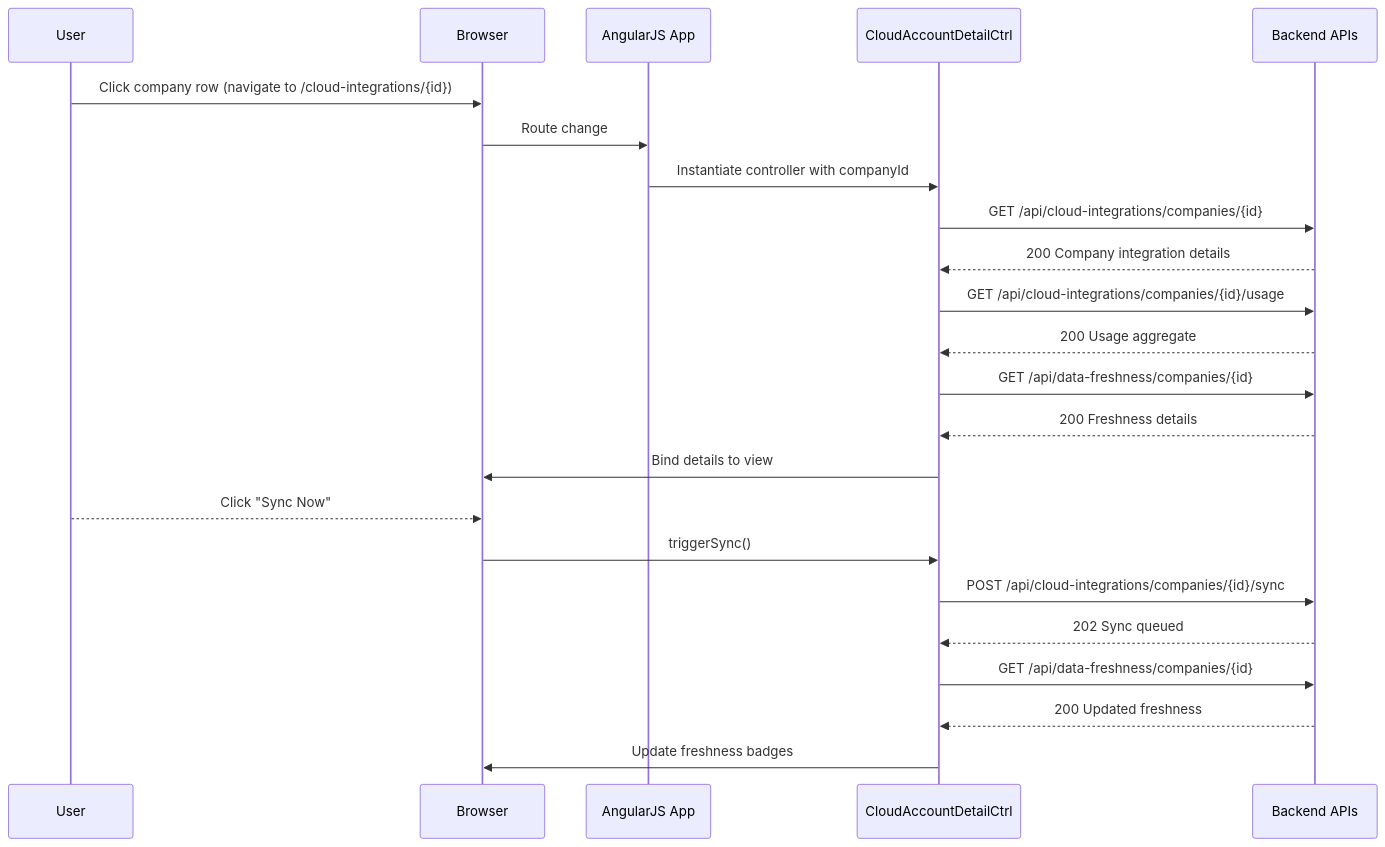
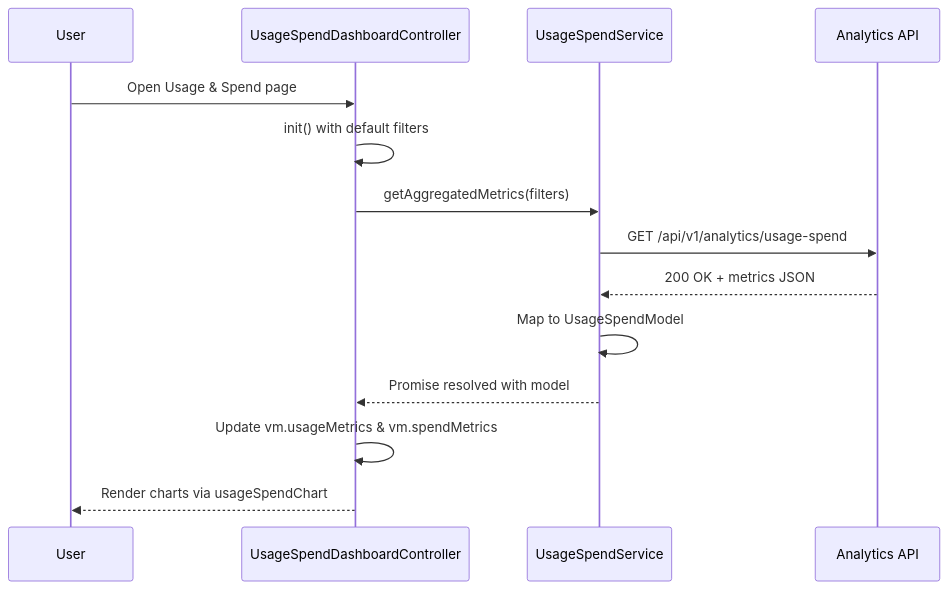
Before and after one commit to Davamani-git/APB_Demo: the second of 4 diagrams in LLD/QE-4785_LLD.md, drawn with Mermaid. The commit also changed other lines of this file, not shown here.

````diff
--- a/LLD/QE-4785_LLD.md
+++ b/LLD/QE-4785_LLD.md
@@ -1099,26 +744,17 @@
 ```mermaid
 sequenceDiagram
-  participant User
-  participant Browser
-  participant Angular as AngularJS App
-  participant DetailCtrl as CloudAccountDetailCtrl
-  participant API as Backend APIs
+  participant U as User
+  participant C as UsageSpendDashboardController
+  participant S as UsageSpendService
+  participant API as Analytics API
 
-  User->>Browser: Click company row (navigate to /cloud-integrations/{id})
-  Browser->>Angular: Route change
-  Angular->>DetailCtrl: Instantiate controller with companyId
-  DetailCtrl->>API: GET /api/cloud-integrations/companies/{id}
-  API-->>DetailCtrl: 200 Company integration details
-  DetailCtrl->>API: GET /api/cloud-integrations/companies/{id}/usage
-  API-->>DetailCtrl: 200 Usage aggregate
-  DetailCtrl->>API: GET /api/data-freshness/companies/{id}
-  API-->>DetailCtrl: 200 Freshness details
-  DetailCtrl->>Browser: Bind details to view
-  User-->>Browser: Click "Sync Now"
-  Browser->>DetailCtrl: triggerSync()
-  DetailCtrl->>API: POST /api/cloud-integrations/companies/{id}/sync
-  API-->>DetailCtrl: 202 Sync queued
-  DetailCtrl->>API: GET /api/data-freshness/companies/{id}
-  API-->>DetailCtrl: 200 Updated freshness
-  DetailCtrl->>Browser: Update freshness badges
+  U->>C: Open Usage & Spend page
+  C->>C: init() with default filters
+  C->>S: getAggregatedMetrics(filters)
+  S->>API: GET /api/v1/analytics/usage-spend
+  API-->>S: 200 OK + metrics JSON
+  S->>S: Map to UsageSpendModel
+  S-->>C: Promise resolved with model
+  C->>C: Update vm.usageMetrics & vm.spendMetrics
+  C-->>U: Render charts via usageSpendChart
 ```
````
